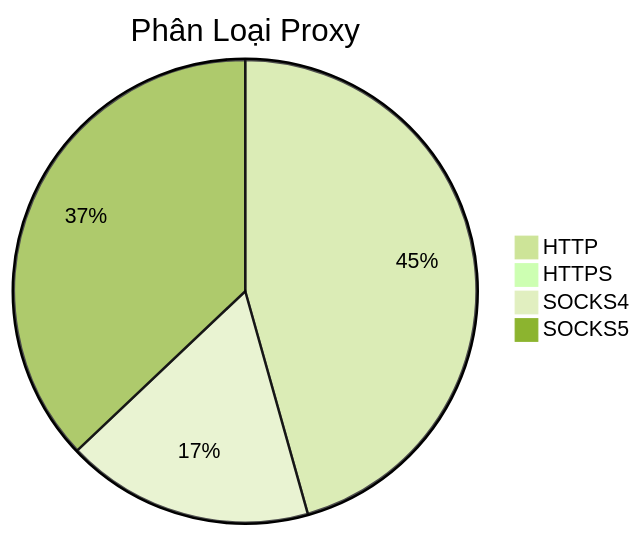
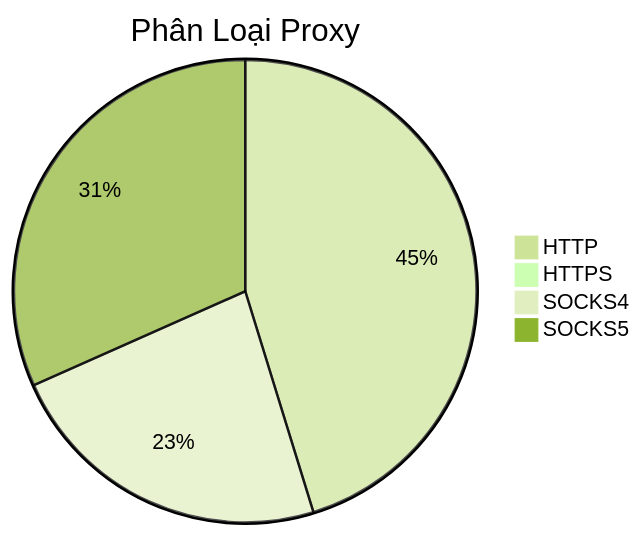
Before and after one commit to Ciara-Aa/PROXY-free: the diagram in README.md, drawn with Mermaid (forest theme). The commit also changed other lines of this file and 4 other files, not shown here.

````diff
--- a/README.md
+++ b/README.md
@@ -26,7 +26,7 @@
 ```mermaid
 pie title Phân Loại Proxy
-    "HTTP" : 293
-    "HTTPS" : 3
-    "SOCKS4" : 111
-    "SOCKS5" : 238
+    "HTTP" : 323
+    "HTTPS" : 4
+    "SOCKS4" : 165
+    "SOCKS5" : 226
 ```
````
